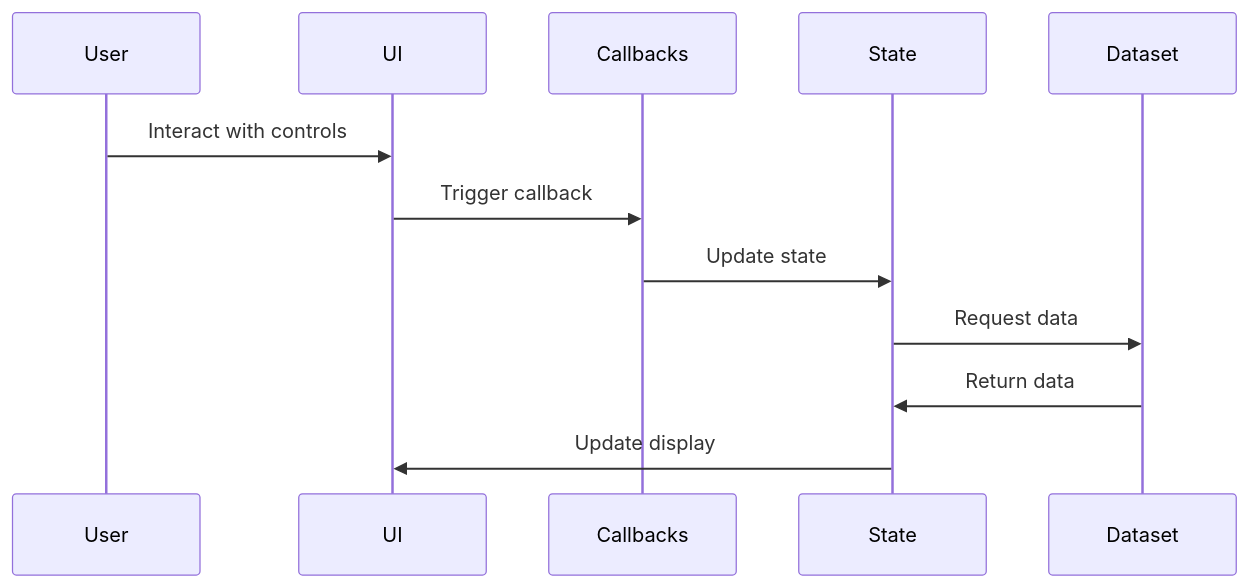
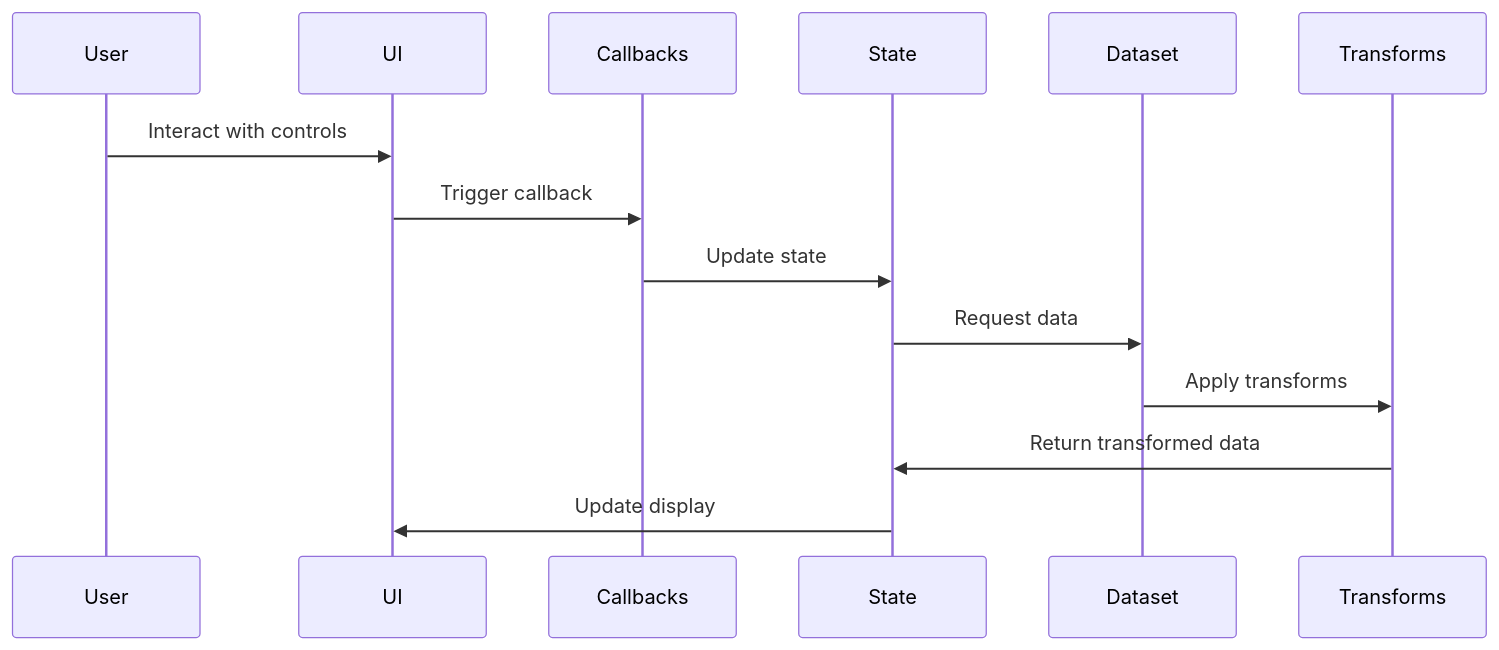
The second of 4 diagrams in docs/data/viewer/architecture.md (danielmao2019/Pylon), drawn with Mermaid before and after one commit. The commit also changed other lines of this file and 1 other file, not shown here.

````diff
--- a/docs/data/viewer/architecture.md
+++ b/docs/data/viewer/architecture.md
@@ -32,15 +33,17 @@
 ```mermaid
 sequenceDiagram
     participant User
     participant UI
     participant Callbacks
     participant State
     participant Dataset
+    participant Transforms
 
     User->>UI: Interact with controls
     UI->>Callbacks: Trigger callback
     Callbacks->>State: Update state
     State->>Dataset: Request data
-    Dataset->>State: Return data
+    Dataset->>Transforms: Apply transforms
+    Transforms->>State: Return transformed data
     State->>UI: Update display
 ```
````
